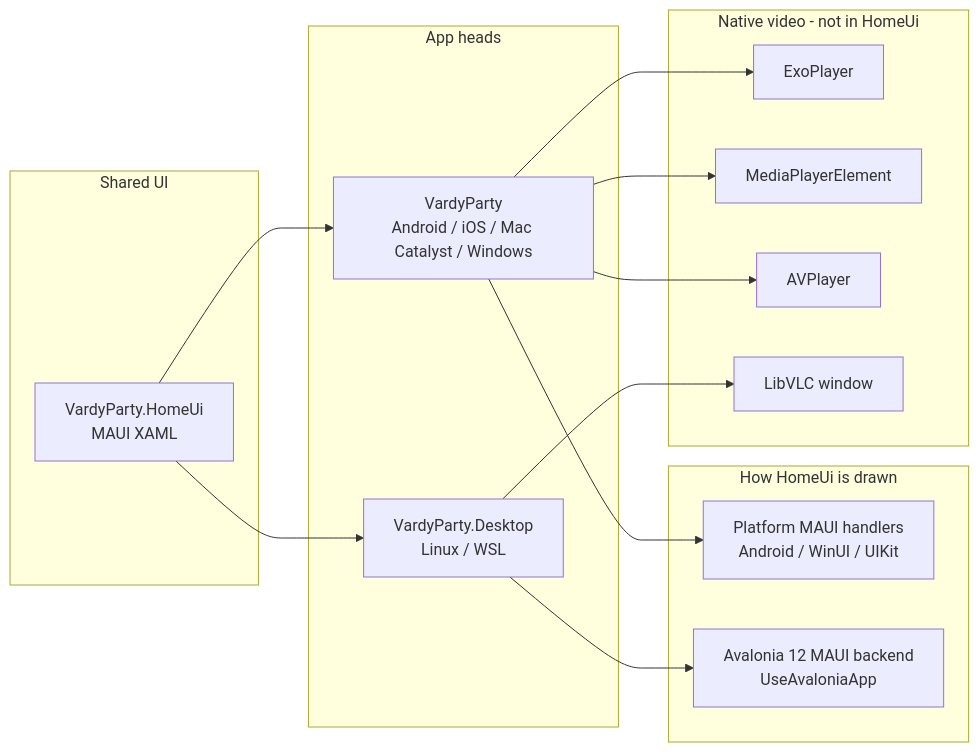
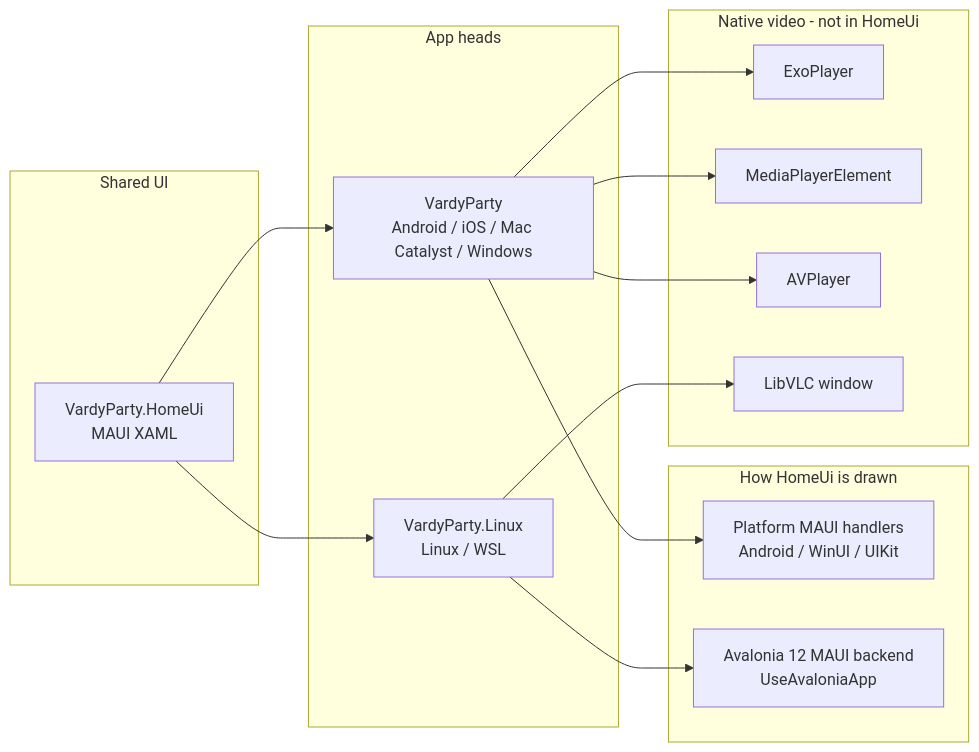
Before and after one commit to Vardy-Party/Client: the first of 3 diagrams in docs/ARCHITECTURE.md, drawn with Mermaid. The commit also changed other lines of this file and 198 other files, not shown here.

````diff
--- a/docs/ARCHITECTURE.md
+++ b/docs/ARCHITECTURE.md
@@ -13,32 +13,32 @@
 ```mermaid
 flowchart LR
   subgraph Shared["Shared UI"]
     HomeUi["VardyParty.HomeUi<br/>MAUI XAML"]
   end
 
   subgraph Heads["App heads"]
     Maui["VardyParty<br/>Android / iOS / Mac Catalyst / Windows"]
-    Desktop["VardyParty.Desktop<br/>Linux / WSL"]
+    Desktop["VardyParty.Linux<br/>Linux / WSL"]
   end
 
   subgraph Draw["How HomeUi is drawn"]
     Native["Platform MAUI handlers<br/>Android / WinUI / UIKit"]
     Avalonia["Avalonia 12 MAUI backend<br/>UseAvaloniaApp"]
   end
 
   subgraph Video["Native video - not in HomeUi"]
     Exo["ExoPlayer"]
     WinUI["MediaPlayerElement"]
     AV["AVPlayer"]
     VLC["LibVLC window"]
   end
 
   HomeUi --> Maui
   HomeUi --> Desktop
   Maui --> Native
   Desktop --> Avalonia
   Maui --> Exo
   Maui --> WinUI
   Maui --> AV
   Desktop --> VLC
 ```
````
